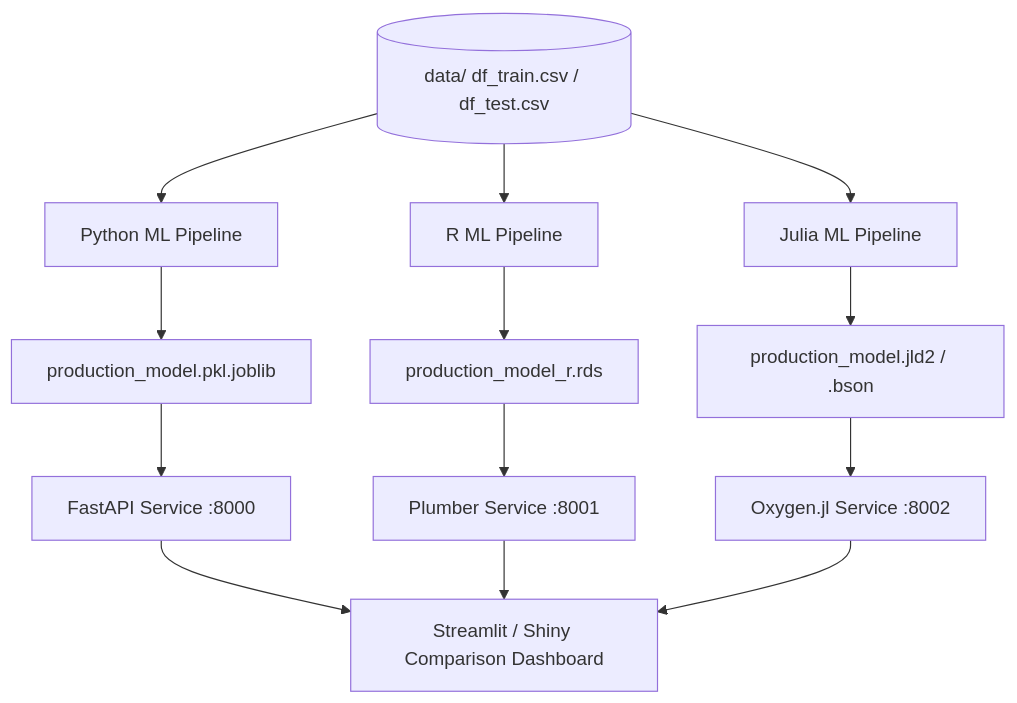
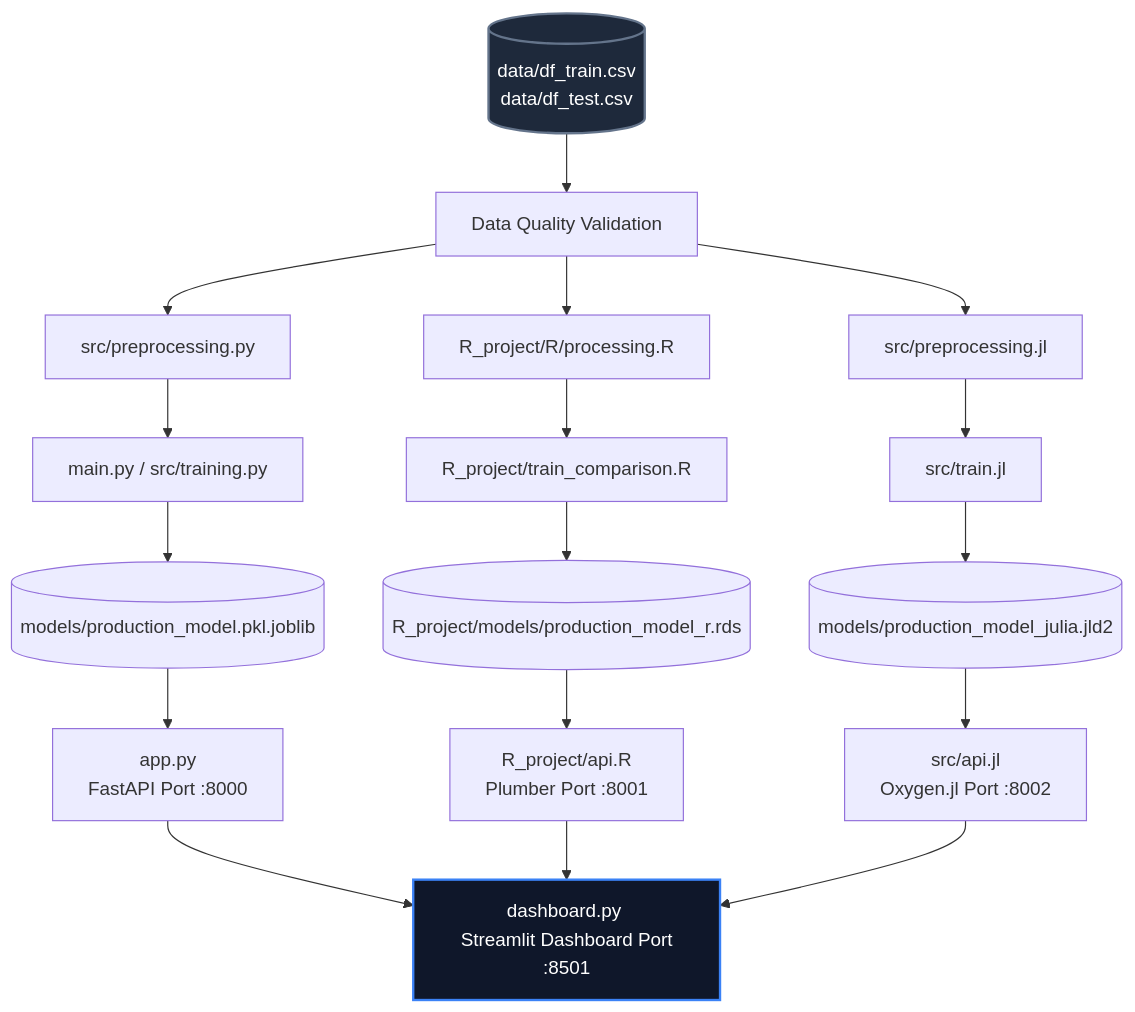
Before and after one commit to JeffersonConza/energy-forecast-hub: the diagram in remake_guideline.md, drawn with Mermaid. The commit also changed other lines of this file, not shown here.

````diff
--- a/remake_guideline.md
+++ b/remake_guideline.md
@@ -11,18 +15,31 @@
 ```mermaid
 graph TD
-    Data[(data/ df_train.csv / df_test.csv)] --> PythonPipeline[Python ML Pipeline]
-    Data --> RPipeline[R ML Pipeline]
-    Data --> JuliaPipeline[Julia ML Pipeline]
+    %% Shared Data Source
+    Data[(data/df_train.csv<br/>data/df_test.csv)] --> Validation[Data Quality Validation]
 
-    PythonPipeline --> PyModel[production_model.pkl.joblib]
-    RPipeline --> RModel[production_model_r.rds]
-    JuliaPipeline --> JuModel[production_model.jld2 / .bson]
+    %% Python Service
+    Validation --> PyPrep[src/preprocessing.py]
+    PyPrep --> PyTrain[main.py / src/training.py]
+    PyTrain --> PyModel[(models/production_model.pkl.joblib)]
+    PyModel --> PyAPI[app.py <br/> FastAPI Port :8000]
 
-    PyModel --> FastAPI[FastAPI Service :8000]
-    RModel --> Plumber[Plumber Service :8001]
-    JuModel --> Oxygen[Oxygen.jl Service :8002]
+    %% R Service
+    Validation --> RPrep[R_project/R/processing.R]
+    RPrep --> RTrain[R_project/train_comparison.R]
+    RTrain --> RModel[(R_project/models/production_model_r.rds)]
+    RModel --> RAPI[R_project/api.R <br/> Plumber Port :8001]
 
-    FastAPI --> Streamlit[Streamlit / Shiny Comparison Dashboard]
-    Plumber --> Streamlit
-    Oxygen --> Streamlit
+    %% Julia Service
+    Validation --> JuPrep[src/preprocessing.jl]
+    JuPrep --> JuTrain[src/train.jl]
+    JuTrain --> JuModel[(models/production_model_julia.jld2)]
+    JuModel --> JuAPI[src/api.jl <br/> Oxygen.jl Port :8002]
+
+    %% Streamlit Frontend Comparison Dashboard
+    PyAPI --> Streamlit[dashboard.py <br/> Streamlit Dashboard Port :8501]
+    RAPI --> Streamlit
+    JuAPI --> Streamlit
+
+    style Data fill:#1E293B,stroke:#64748B,stroke-width:2px,color:#fff
+    style Streamlit fill:#0F172A,stroke:#3B82F6,stroke-width:2px,color:#fff
 ```
````
